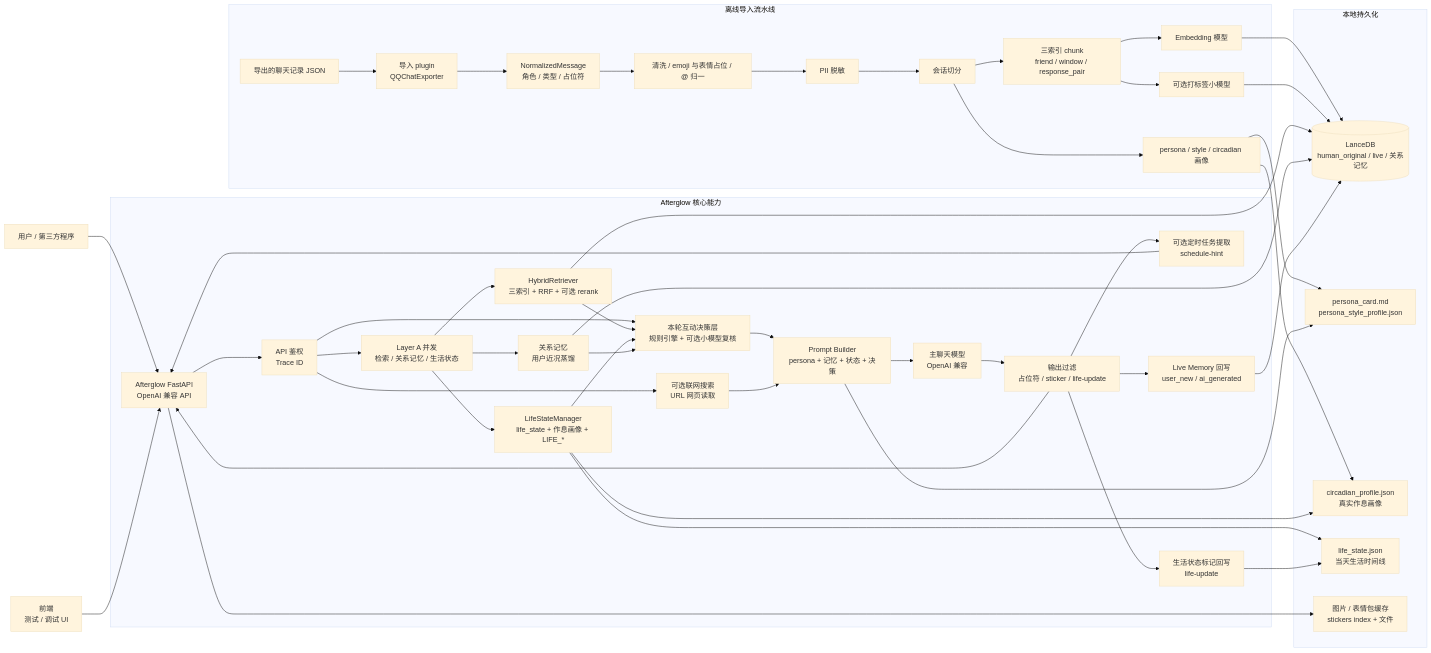
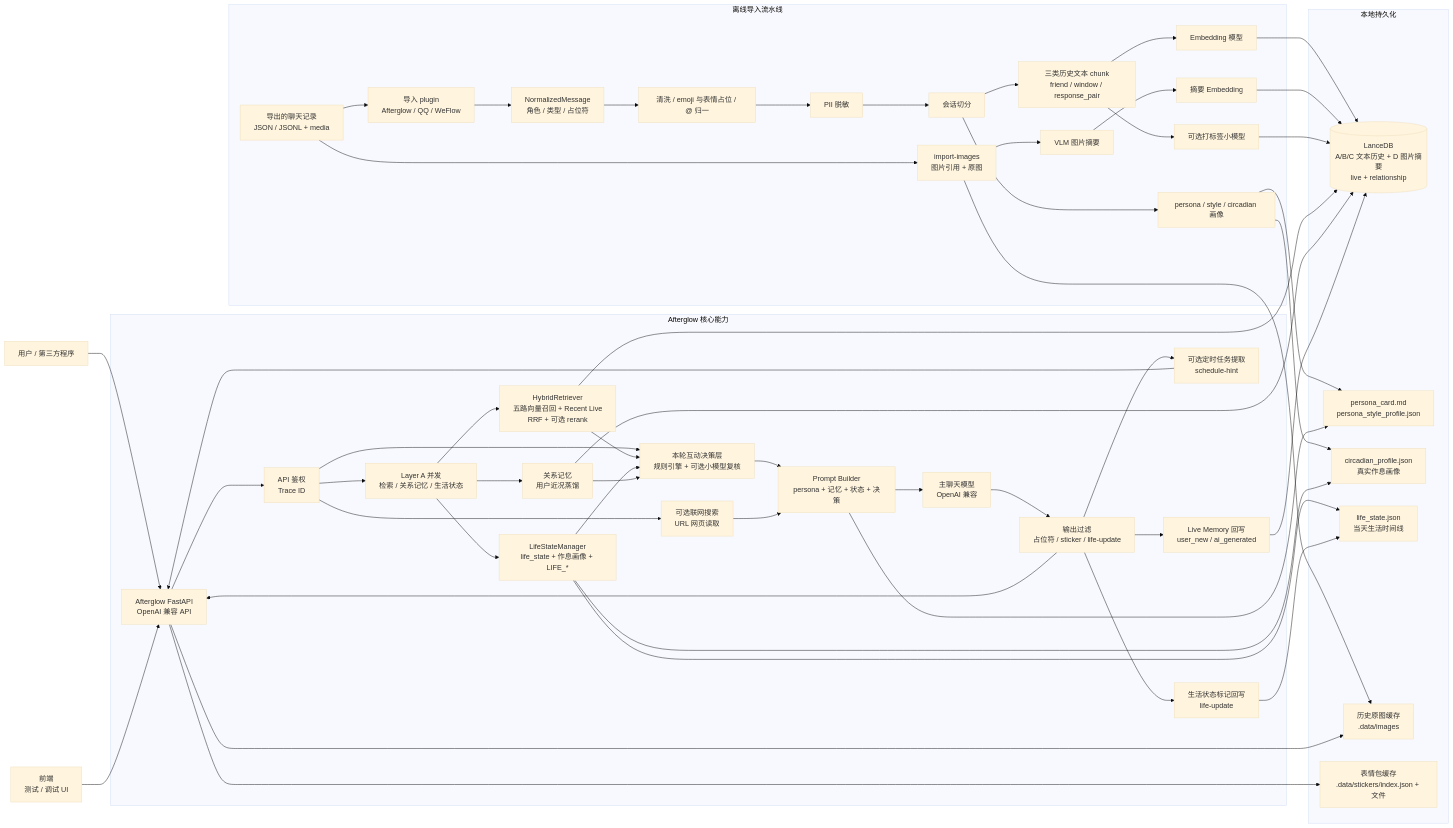
One commit to kldhsh123/Afterglow changed the diagram in README.md. Above: the diagram before and after it, drawn with Mermaid (base theme). The commit also changed other lines of this file and 30 other files, not shown here.

````diff
--- a/README.md
+++ b/README.md
@@ -153,60 +55,67 @@
 ```mermaid
 flowchart LR
   User["用户 / 第三方程序"] --> API["Afterglow FastAPI<br/>OpenAI 兼容 API"]
   前端["前端<br/>测试 / 调试 UI"] --> API
 
   subgraph Afterglow["Afterglow 核心能力"]
     API --> Auth["API 鉴权<br/>Trace ID"]
     Auth --> LayerA["Layer A 并发<br/>检索 / 关系记忆 / 生活状态"]
-    LayerA --> Retrieve["HybridRetriever<br/>三索引 + RRF + 可选 rerank"]
+    LayerA --> Retrieve["HybridRetriever<br/>五路向量召回 + Recent Live<br/>RRF + 可选 rerank"]
     LayerA --> Life["LifeStateManager<br/>life_state + 作息画像 + LIFE_*"]
     LayerA --> Relationship["关系记忆<br/>用户近况蒸馏"]
     Auth --> Policy["本轮互动决策层<br/>规则引擎 + 可选小模型复核"]
     Auth --> Web["可选联网搜索<br/>URL 网页读取"]
     Retrieve --> Policy
     Life --> Policy
     Relationship --> Policy
     Policy --> Prompt["Prompt Builder<br/>persona + 记忆 + 状态 + 决策"]
     Web --> Prompt
     Prompt --> ChatLLM["主聊天模型<br/>OpenAI 兼容"]
     ChatLLM --> Filter["输出过滤<br/>占位符 / sticker / life-update"]
     Filter --> API
     Filter --> Writeback["Live Memory 回写<br/>user_new / ai_generated"]
     Filter --> Schedule["可选定时任务提取<br/>schedule-hint"]
     Filter --> LifePatch["生活状态标记回写<br/>life-update"]
   end
 
   subgraph Ingestion["离线导入流水线"]
-    message["导出的聊天记录 JSON"] --> Plugin["导入 plugin<br/>QQChatExporter"]
+    message["导出的聊天记录<br/>JSON / JSONL + media"] --> Plugin["导入 plugin<br/>Afterglow / QQ / WeFlow"]
     Plugin --> Normalize["NormalizedMessage<br/>角色 / 类型 / 占位符"]
     Normalize --> Clean["清洗 / emoji 与表情占位 / @ 归一"]
     Clean --> Redact["PII 脱敏"]
     Redact --> Split["会话切分"]
-    Split --> Chunk["三索引 chunk<br/>friend / window / response_pair"]
+    Split --> Chunk["三类历史文本 chunk<br/>friend / window / response_pair"]
     Chunk --> Embed["Embedding 模型"]
     Chunk --> Label["可选打标签小模型"]
     Split --> PersonaBuild["persona / style / circadian 画像"]
+    message --> ImageImport["import-images<br/>图片引用 + 原图"]
+    ImageImport --> Vision["VLM 图片摘要"]
+    Vision --> ImageEmbed["摘要 Embedding"]
   end
 
   subgraph Storage["本地持久化"]
-    Lance[(LanceDB<br/>human_original / live / 关系记忆)]
+    Lance[(LanceDB<br/>A/B/C 文本历史 + D 图片摘要<br/>live + relationship)]
     Persona["persona_card.md<br/>persona_style_profile.json"]
     Circadian["circadian_profile.json<br/>真实作息画像"]
     LifeFile["life_state.json<br/>当天生活时间线"]
-    Assets["图片 / 表情包缓存<br/>stickers index + 文件"]
+    ImageCache["历史原图缓存<br/>.data/images"]
+    Stickers["表情包缓存<br/>.data/stickers/index.json + 文件"]
   end
 
   Embed --> Lance
+  ImageEmbed --> Lance
+  ImageImport --> ImageCache
   Label --> Lance
   PersonaBuild --> Persona
   PersonaBuild --> Circadian
   Retrieve --> Lance
   Relationship --> Lance
   Prompt --> Persona
   Life --> Circadian
   Life --> LifeFile
   LifePatch --> LifeFile
   Writeback --> Lance
   Schedule --> API
-  API --> Assets
+  API --> ImageCache
+  API --> Stickers
 ```
````
